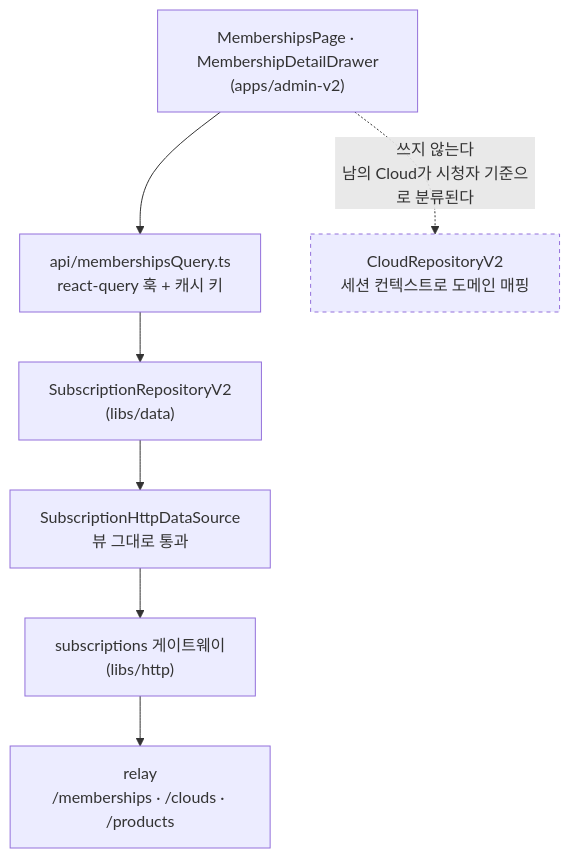
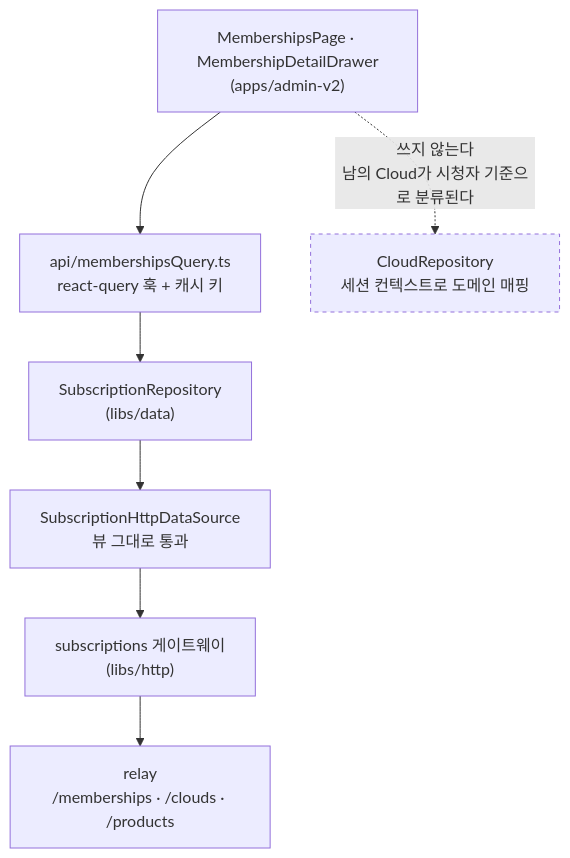
The first of 4 diagrams in apps/admin-v2/docs/specs/memberships/spec.md (lemoncloud-io/dou-app), drawn with Mermaid before and after one commit. The commit also changed other lines of this file and 86 other files, not shown here.

````diff
--- a/apps/admin-v2/docs/specs/memberships/spec.md
+++ b/apps/admin-v2/docs/specs/memberships/spec.md
@@ -96,15 +96,15 @@
 ```mermaid
 flowchart TD
     P["MembershipsPage · MembershipDetailDrawer<br/>(apps/admin-v2)"]
     H["api/membershipsQuery.ts<br/>react-query 훅 + 캐시 키"]
-    R["SubscriptionRepositoryV2<br/>(libs/data)"]
+    R["SubscriptionRepository<br/>(libs/data)"]
     D["SubscriptionHttpDataSource<br/>뷰 그대로 통과"]
     G["subscriptions 게이트웨이<br/>(libs/http)"]
     S["relay<br/>/memberships · /clouds · /products"]
 
     P --> H --> R --> D --> G --> S
 
-    C["CloudRepositoryV2<br/>세션 컨텍스트로 도메인 매핑"]
+    C["CloudRepository<br/>세션 컨텍스트로 도메인 매핑"]
     P -.->|"쓰지 않는다<br/>남의 Cloud가 시청자 기준으로 분류된다"| C
     style C stroke-dasharray: 4 4
 ```
````
